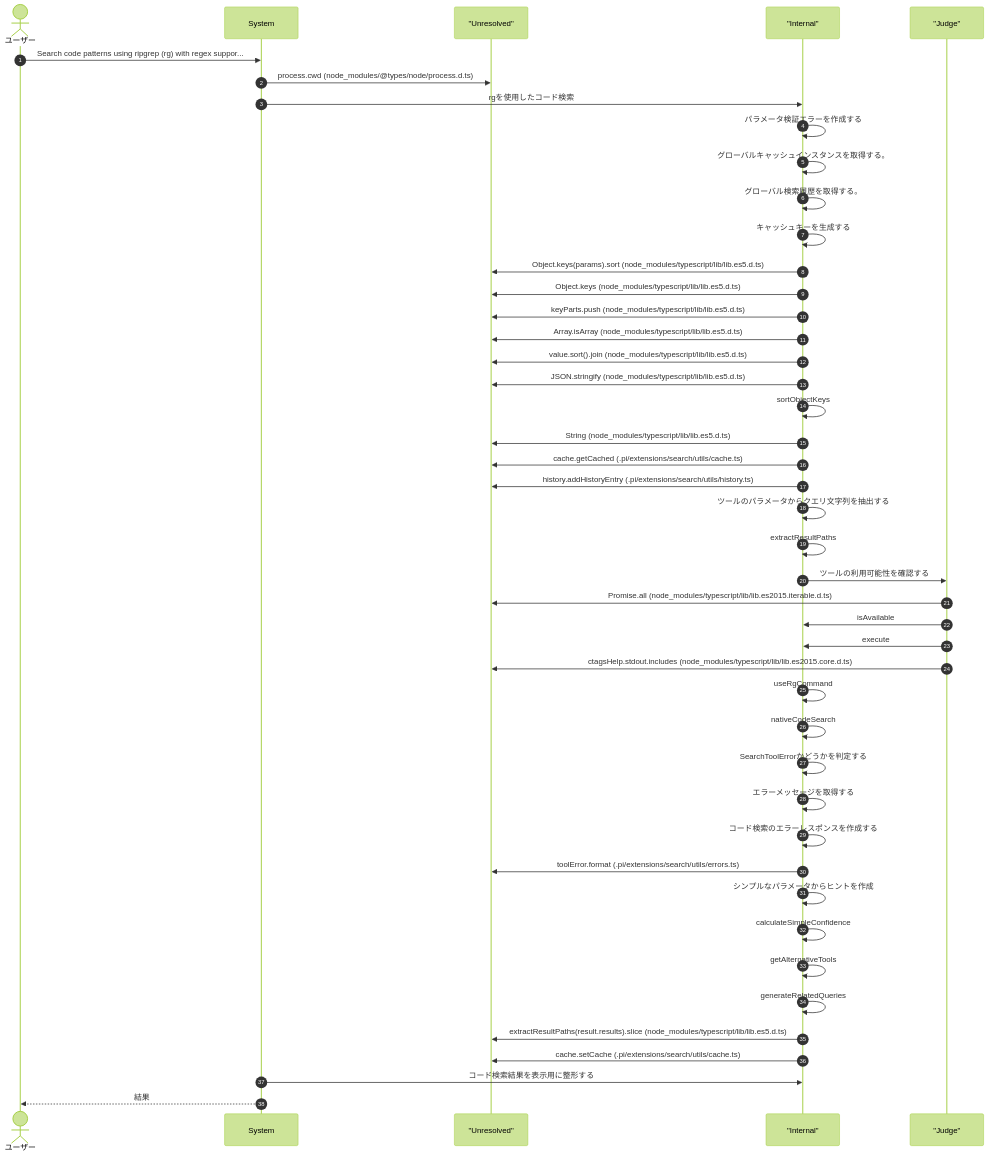
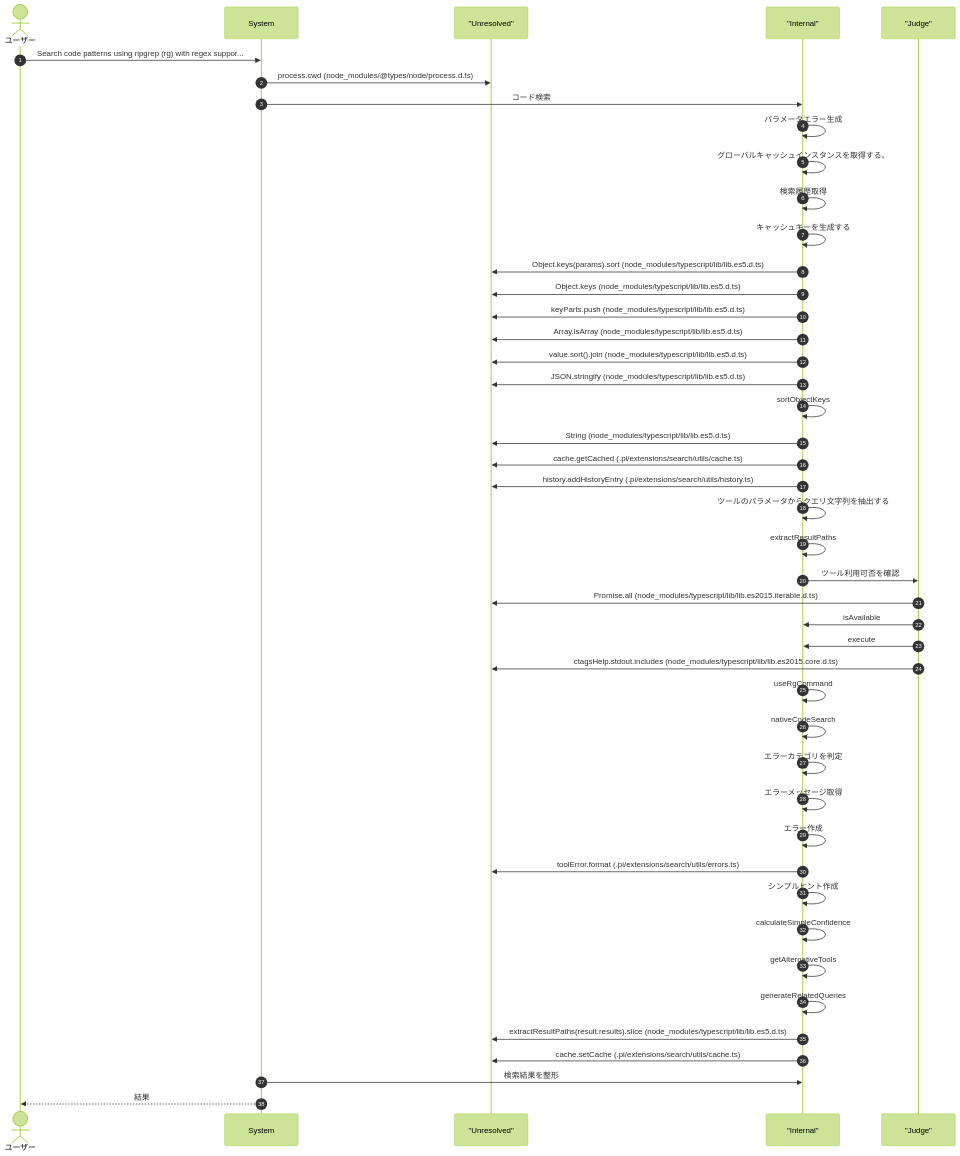
One commit to Mekann2904/mekann changed the second of 10 diagrams in ABDD/.pi/extensions/search/index.md. Above: the diagram before and after it, drawn with Mermaid (forest theme). The commit also changed other lines of this file and 212 other files, not shown here.

````diff
--- a/ABDD/.pi/extensions/search/index.md
+++ b/ABDD/.pi/extensions/search/index.md
@@ -94,49 +94,49 @@
 ```mermaid
 sequenceDiagram
   autonumber
   actor User as ユーザー
   participant System as System
   participant Unresolved as "Unresolved"
   participant Internal as "Internal"
   participant Judge as "Judge"
 
   User->>System: Search code patterns using ripgrep (rg) with regex suppor...
   System->>Unresolved: process.cwd (node_modules/@types/node/process.d.ts)
-  System->>Internal: rgを使用したコード検索
-  Internal->>Internal: パラメータ検証エラーを作成する
+  System->>Internal: コード検索
+  Internal->>Internal: パラメータエラー生成
   Internal->>Internal: グローバルキャッシュインスタンスを取得する。
-  Internal->>Internal: グローバル検索履歴を取得する。
+  Internal->>Internal: 検索履歴取得
   Internal->>Internal: キャッシュキーを生成する
   Internal->>Unresolved: Object.keys(params).sort (node_modules/typescript/lib/lib.es5.d.ts)
   Internal->>Unresolved: Object.keys (node_modules/typescript/lib/lib.es5.d.ts)
   Internal->>Unresolved: keyParts.push (node_modules/typescript/lib/lib.es5.d.ts)
   Internal->>Unresolved: Array.isArray (node_modules/typescript/lib/lib.es5.d.ts)
   Internal->>Unresolved: value.sort().join (node_modules/typescript/lib/lib.es5.d.ts)
   Internal->>Unresolved: JSON.stringify (node_modules/typescript/lib/lib.es5.d.ts)
   Internal->>Internal: sortObjectKeys
   Internal->>Unresolved: String (node_modules/typescript/lib/lib.es5.d.ts)
   Internal->>Unresolved: cache.getCached (.pi/extensions/search/utils/cache.ts)
   Internal->>Unresolved: history.addHistoryEntry (.pi/extensions/search/utils/history.ts)
   Internal->>Internal: ツールのパラメータからクエリ文字列を抽出する
   Internal->>Internal: extractResultPaths
-  Internal->>Judge: ツールの利用可能性を確認する
+  Internal->>Judge: ツール利用可否を確認
   Judge->>Unresolved: Promise.all (node_modules/typescript/lib/lib.es2015.iterable.d.ts)
   Judge->>Internal: isAvailable
   Judge->>Internal: execute
   Judge->>Unresolved: ctagsHelp.stdout.includes (node_modules/typescript/lib/lib.es2015.core.d.ts)
   Internal->>Internal: useRgCommand
   Internal->>Internal: nativeCodeSearch
-  Internal->>Internal: SearchToolErrorかどうかを判定する
-  Internal->>Internal: エラーメッセージを取得する
-  Internal->>Internal: コード検索のエラーレスポンスを作成する
+  Internal->>Internal: エラーカテゴリを判定
+  Internal->>Internal: エラーメッセージ取得
+  Internal->>Internal: エラー作成
   Internal->>Unresolved: toolError.format (.pi/extensions/search/utils/errors.ts)
-  Internal->>Internal: シンプルなパラメータからヒントを作成
+  Internal->>Internal: シンプルヒント作成
   Internal->>Internal: calculateSimpleConfidence
   Internal->>Internal: getAlternativeTools
   Internal->>Internal: generateRelatedQueries
   Internal->>Unresolved: extractResultPaths(result.results).slice (node_modules/typescript/lib/lib.es5.d.ts)
   Internal->>Unresolved: cache.setCache (.pi/extensions/search/utils/cache.ts)
-  System->>Internal: コード検索結果を表示用に整形する
+  System->>Internal: 検索結果を整形
   System-->>User: 結果
 
 ```
````
